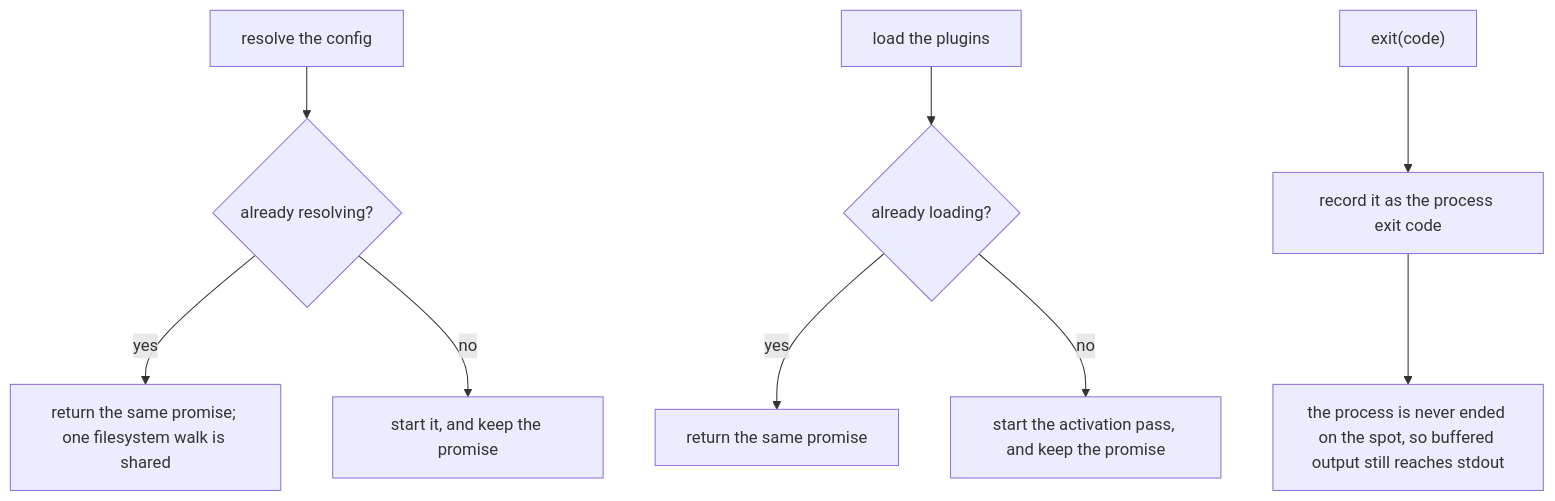
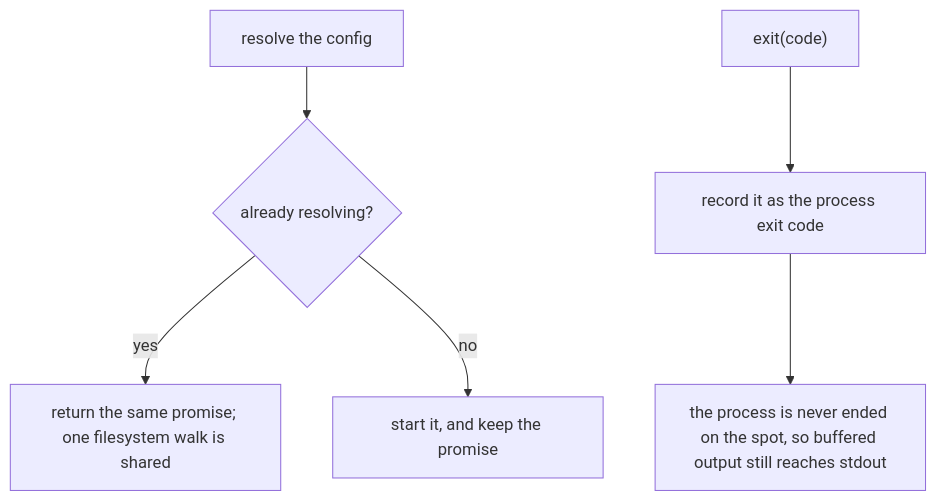
One commit to clibuilder/clibuilder changed the fifth of 6 diagrams in packages/clibuilder/.agents/spec/execution/README.md. Above: the diagram before and after it, drawn with Mermaid. The commit also changed other lines of this file and 150 other files, not shown here.

````diff
--- a/packages/clibuilder/.agents/spec/execution/README.md
+++ b/packages/clibuilder/.agents/spec/execution/README.md
@@ -457,11 +442,8 @@
 ```mermaid
 graph TD
   RC2[resolve the config] --> CACHE{"already resolving?"}
   CACHE -- yes --> SAME[return the same promise; one filesystem walk is shared]
   CACHE -- no --> START[start it, and keep the promise]
-  LPG[load the plugins] --> LCACHE{"already loading?"}
-  LCACHE -- yes --> LSAME[return the same promise]
-  LCACHE -- no --> LSTART[start the activation pass, and keep the promise]
   EX["exit(code)"] --> RECORD["record it as the process exit code"]
   RECORD --> NOTKILL["the process is never ended on the spot, so buffered output still reaches stdout"]
 ```
````
